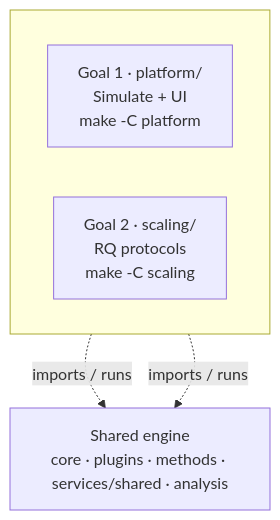
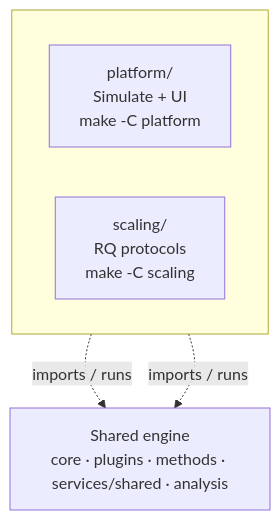
Before and after one commit to lykimq/HerdSim: the diagram in README.md, drawn with Mermaid. The commit also changed other lines of this file, not shown here.

````diff
--- a/README.md
+++ b/README.md
@@ -113,13 +113,13 @@
 ```mermaid
 flowchart TB
   subgraph goals [ ]
     direction LR
-    plat["Goal 1 · platform/<br/>Simulate + UI<br/>make -C platform"]
-    scale["Goal 2 · scaling/<br/>RQ protocols<br/>make -C scaling"]
+    plat["platform/<br/>Simulate + UI<br/>make -C platform"]
+    scale["scaling/<br/>RQ protocols<br/>make -C scaling"]
   end
 
   engine["Shared engine<br/>core · plugins · methods · services/shared · analysis"]
 
   plat -.->|imports / runs| engine
   scale -.->|imports / runs| engine
 ```
````
